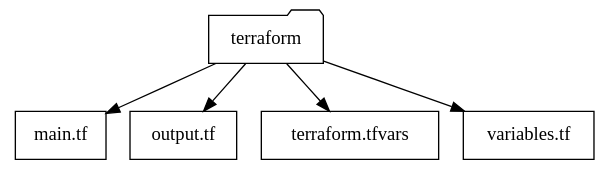
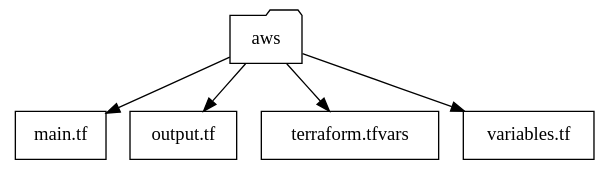
The first of 2 diagrams in docs/_source/tools.rst (hotpeppersec/cloudlab), drawn with Graphviz before and after one commit. The commit also changed other lines of this file and 1 other file, not shown here.

```diff
--- a/docs/_source/tools.rst
+++ b/docs/_source/tools.rst
@@ -198,15 +198,15 @@
 .. graphviz::
    :caption: Key Terraform Files 
    :align: center
 
    digraph folders {
-      "terraform" [shape=folder];
+      "aws" [shape=folder];
       "main.tf" [shape=rect];
       "output.tf" [shape=rect];
       "terraform.tfvars" [shape=rect];
       "variables.tf" [shape=rect];
-      "terraform" -> "main.tf";
-      "terraform" -> "output.tf";
-      "terraform" -> "terraform.tfvars";
-      "terraform" -> "variables.tf";
+      "aws" -> "main.tf";
+      "aws" -> "output.tf";
+      "aws" -> "terraform.tfvars";
+      "aws" -> "variables.tf";
    }
```
